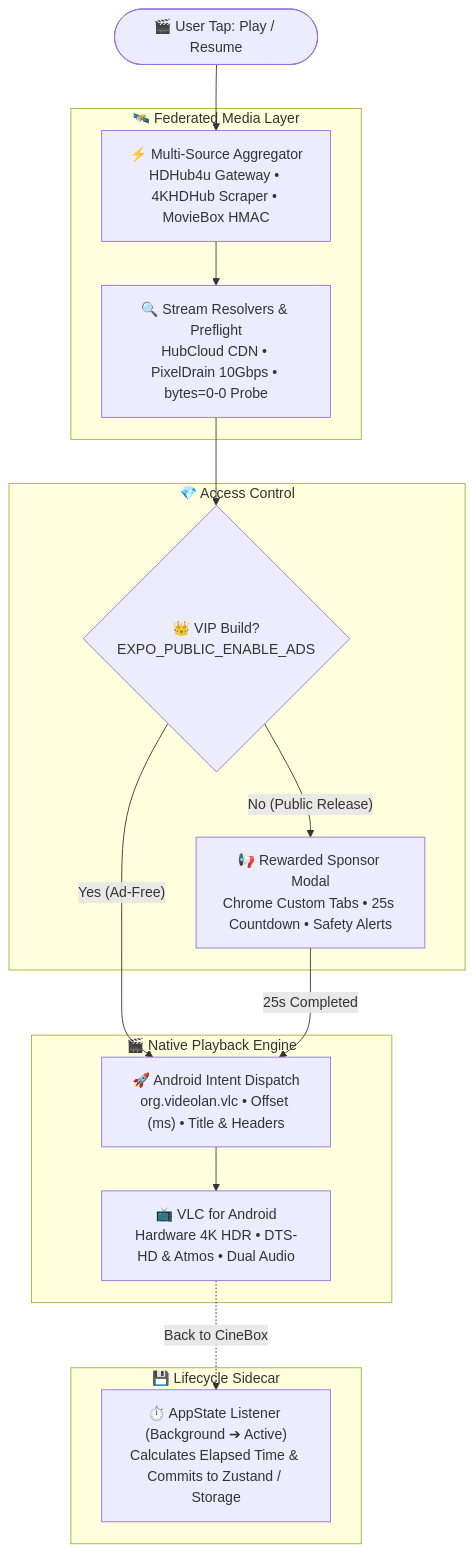
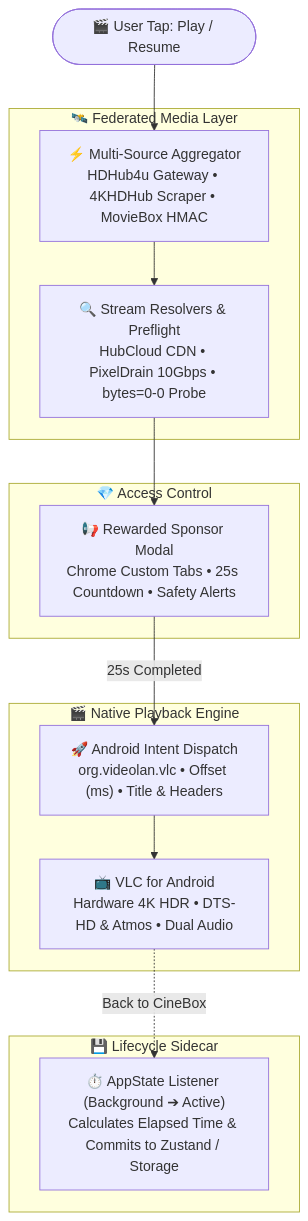
One commit to AyushBhagat151105/CineBox changed the diagram in README.md. Above: the diagram before and after it, drawn with Mermaid. The commit also changed other lines of this file and 6 other files, not shown here.

Commit message:
fix(updater): disable OTA updates on VIP builds and remove VIP references from public docs

````diff
--- a/README.md
+++ b/README.md
@@ -76,32 +75,29 @@
 ```mermaid
 flowchart TD
     User(["🎬 User Tap: Play / Resume"])
     
     subgraph Sourcing ["🛰️ Federated Media Layer"]
         Engine["⚡ Multi-Source Aggregator<br/>HDHub4u Gateway • 4KHDHub Scraper • MovieBox HMAC"]
         Resolver["🔍 Stream Resolvers & Preflight<br/>HubCloud CDN • PixelDrain 10Gbps • bytes=0-0 Probe"]
     end
 
     subgraph Intermission ["💎 Access Control"]
-        VIP{"👑 VIP Build?<br/>EXPO_PUBLIC_ENABLE_ADS"}
         AdModal["📢 Rewarded Sponsor Modal<br/>Chrome Custom Tabs • 25s Countdown • Safety Alerts"]
     end
 
     subgraph MediaPlayback ["🎬 Native Playback Engine"]
         VLCIntent["🚀 Android Intent Dispatch<br/>org.videolan.vlc • Offset (ms) • Title & Headers"]
         VLCPlayer["📺 VLC for Android<br/>Hardware 4K HDR • DTS-HD & Atmos • Dual Audio"]
     end
 
     subgraph Persistence ["💾 Lifecycle Sidecar"]
         Sidecar["⏱️ AppState Listener (Background ➔ Active)<br/>Calculates Elapsed Time & Commits to Zustand / Storage"]
     end
 
     User --> Engine
     Engine --> Resolver
-    Resolver --> VIP
-    VIP -- "No (Public Release)" --> AdModal
-    VIP -- "Yes (Ad-Free)" --> VLCIntent
+    Resolver --> AdModal
     AdModal -- "25s Completed" --> VLCIntent
     VLCIntent --> VLCPlayer
     VLCPlayer -. "Back to CineBox" .-> Sidecar
 ```
````
